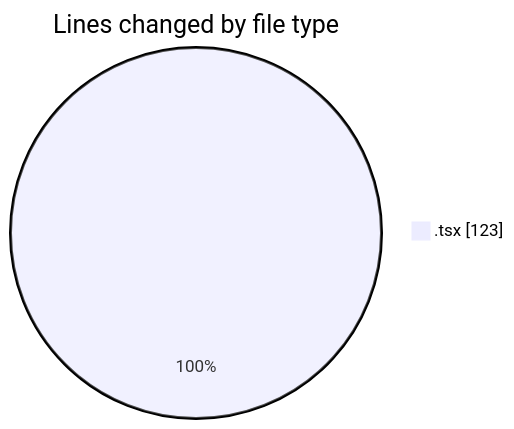
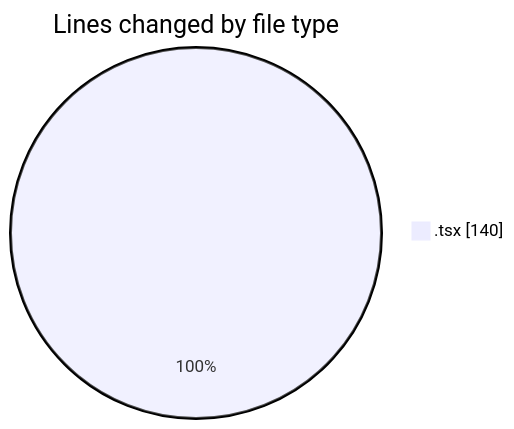
The first of 2 diagrams in 2025-02-04/mbc-web/README.md (robertbonfada/code-tracking), drawn with Mermaid before and after one commit. The commit also changed other lines of this file and 1 other file, not shown here.

````diff
--- a/2025-02-04/mbc-web/README.md
+++ b/2025-02-04/mbc-web/README.md
@@ -22,5 +22,5 @@
 ```mermaid
 pie showData
 title Lines changed by file type
-".tsx" : 123
+".tsx" : 140
 ```
````
